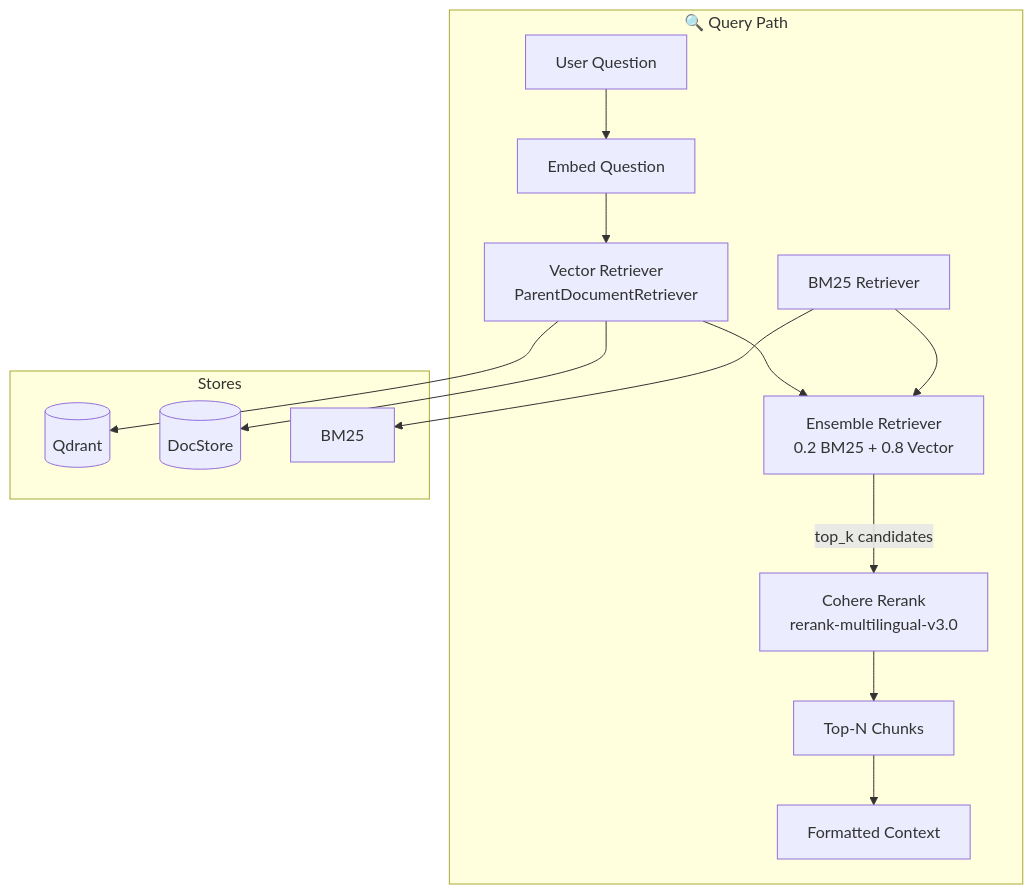
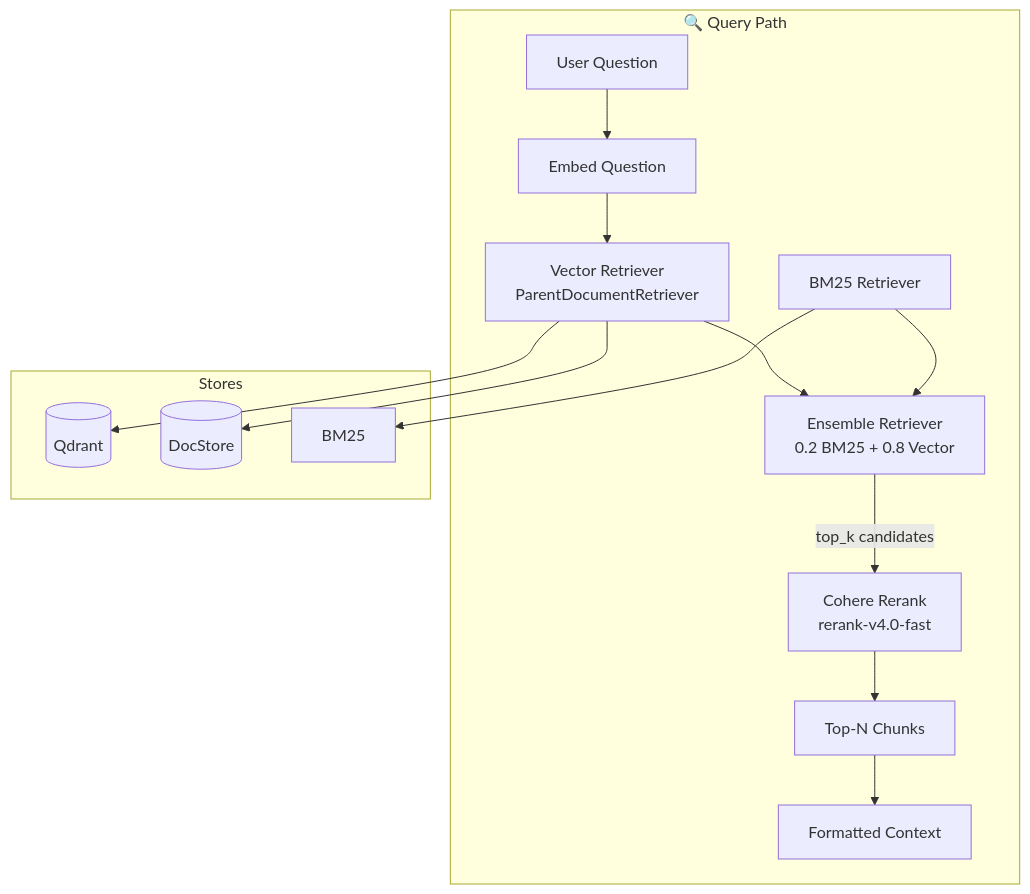
One commit to adrian-barcan/AIE9-Certification-Challenge changed the third of 6 diagrams in README.md. Above: the diagram before and after it, drawn with Mermaid. The commit also changed other lines of this file and 10 other files, not shown here.

Commit message:
feat: Upgrade Cohere Rerank model to v4.0-fast for improved retrieval performance; enhance language detection and user language preference handling in agent responses; implement multi-query retrieval for better context recall; refine transaction and goals summaries with language-specific formatting.

````diff
--- a/README.md
+++ b/README.md
@@ -134,30 +134,30 @@
 ```mermaid
 flowchart TB
     subgraph Query["🔍 Query Path"]
         Q[User Question]
         EmbQ[Embed Question]
         VecRet[Vector Retriever<br/>ParentDocumentRetriever]
         BM25[BM25 Retriever]
         Ensemble[Ensemble Retriever<br/>0.2 BM25 + 0.8 Vector]
-        Rerank[Cohere Rerank<br/>rerank-multilingual-v3.0]
+        Rerank[Cohere Rerank<br/>rerank-v4.0-fast]
         TopN[Top-N Chunks]
         Format[Formatted Context]
         Q --> EmbQ
         EmbQ --> VecRet
         VecRet --> Ensemble
         BM25 --> Ensemble
         Ensemble -->|top_k candidates| Rerank
         Rerank --> TopN
         TopN --> Format
     end
 
     subgraph Stores["Stores"]
         Qdrant[(Qdrant)]
         DocStore[(DocStore)]
         BM25Idx[BM25]
     end
 
     VecRet --> Qdrant
     VecRet --> DocStore
     BM25 --> BM25Idx
 ```
````
